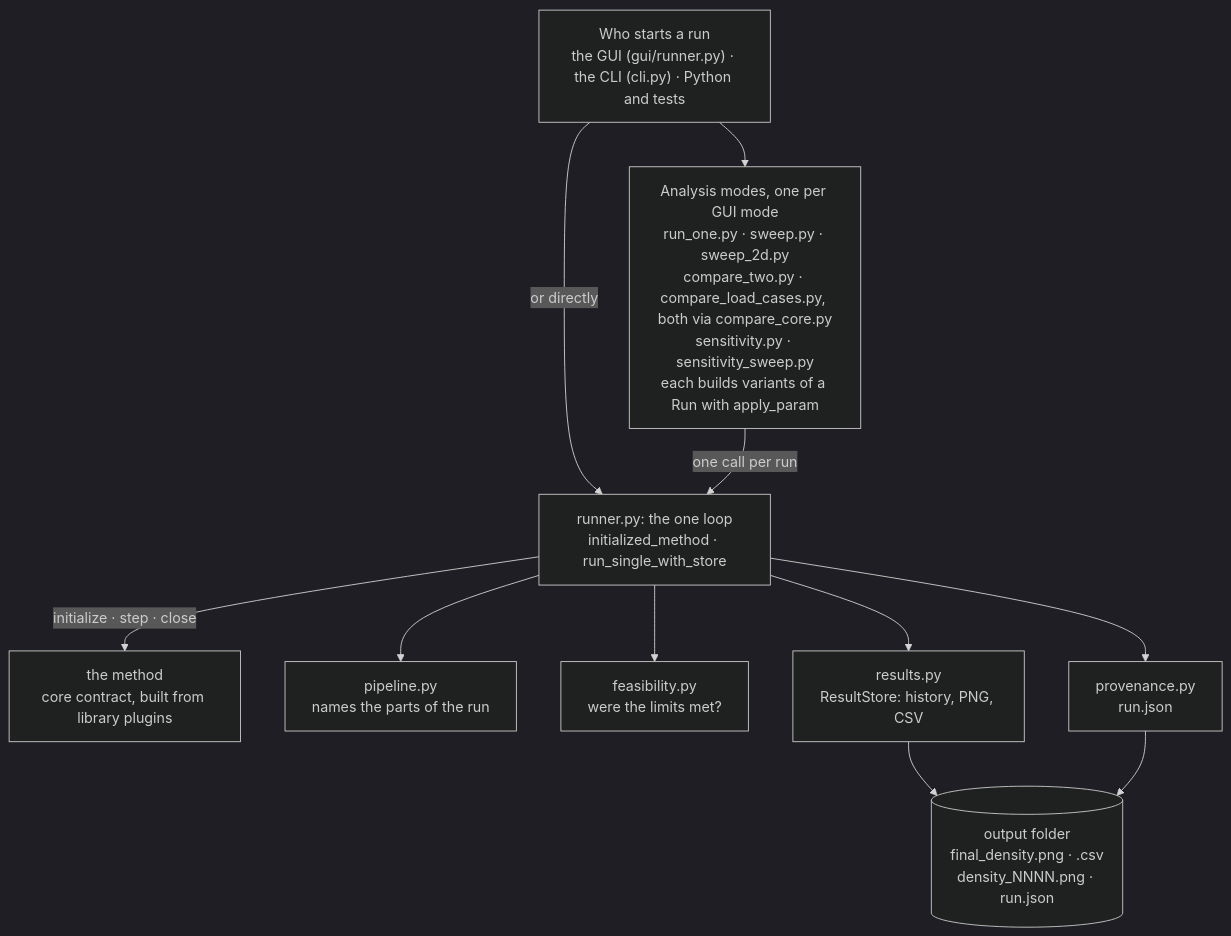
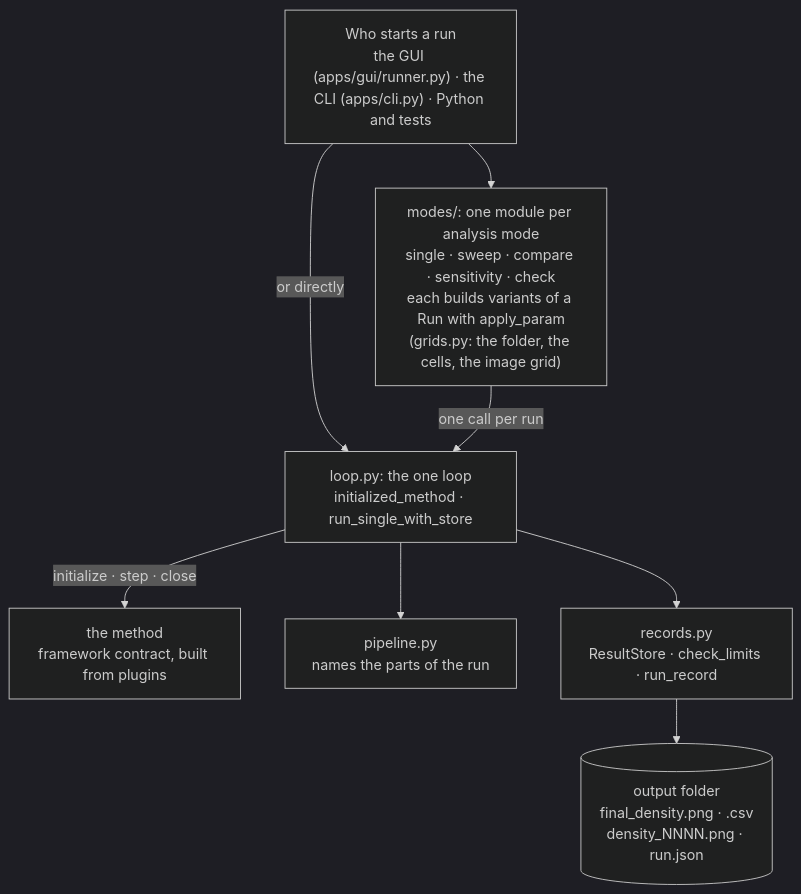
The first of 3 diagrams in toporia/engine/README.md (Toporia/Toporia-launcher), drawn with Mermaid (dark theme) before and after one commit. The commit also changed other lines of this file and 83 other files, not shown here.

````diff
--- a/toporia/engine/README.md
+++ b/toporia/engine/README.md
@@ -15,23 +30,18 @@
 ```mermaid
 flowchart TB
-    callers["Who starts a run<br/>the GUI (gui/runner.py) · the CLI (cli.py) · Python and tests"]
-    modes["Analysis modes, one per GUI mode<br/>run_one.py · sweep.py · sweep_2d.py<br/>compare_two.py · compare_load_cases.py, both via compare_core.py<br/>sensitivity.py · sensitivity_sweep.py<br/>each builds variants of a Run with apply_param"]
-    runner["runner.py: the one loop<br/>initialized_method · run_single_with_store"]
-    method["the method<br/>core contract, built from library plugins"]
+    callers["Who starts a run<br/>the GUI (apps/gui/runner.py) · the CLI (apps/cli.py) · Python and tests"]
+    modes["modes/: one module per analysis mode<br/>single · sweep · compare · sensitivity · check<br/>each builds variants of a Run with apply_param<br/>(grids.py: the folder, the cells, the image grid)"]
+    loop["loop.py: the one loop<br/>initialized_method · run_single_with_store"]
+    method["the method<br/>framework contract, built from plugins"]
     pipeline["pipeline.py<br/>names the parts of the run"]
-    feasibility["feasibility.py<br/>were the limits met?"]
-    results["results.py<br/>ResultStore: history, PNG, CSV"]
-    provenance["provenance.py<br/>run.json"]
+    records["records.py<br/>ResultStore · check_limits · run_record"]
     disk[("output folder<br/>final_density.png · .csv<br/>density_NNNN.png · run.json")]
 
     callers --> modes
-    callers -- "or directly" --> runner
-    modes -- "one call per run" --> runner
-    runner -- "initialize · step · close" --> method
-    runner --> pipeline
-    runner --> feasibility
-    runner --> results
-    runner --> provenance
-    results --> disk
-    provenance --> disk
+    callers -- "or directly" --> loop
+    modes -- "one call per run" --> loop
+    loop -- "initialize · step · close" --> method
+    loop --> pipeline
+    loop --> records
+    records --> disk
 ```
````
